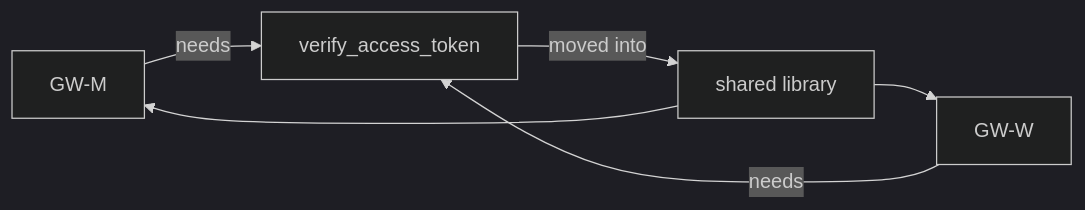
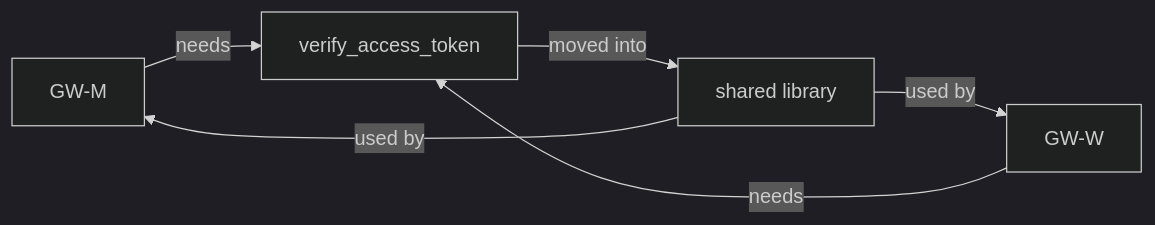
One commit to vinayakuber/microservices-io-study-guide changed diagram 12 of 13 in docs/ch24-backends-for-frontends.md. Above: the diagram before and after it, drawn with Mermaid (dark theme). The commit also changed other lines of this file and 71 other files, not shown here.

First line of the commit message:
R18: label every diagram arrow with its meaning

````diff
--- a/docs/ch24-backends-for-frontends.md
+++ b/docs/ch24-backends-for-frontends.md
@@ -408,8 +408,8 @@
 ```mermaid
 flowchart LR
   GM["GW-M"] -->|needs| F["verify_access_token"]
   GW["GW-W"] -->|needs| F
   F -->|moved into| LIB["shared library"]
-  LIB --> GM
-  LIB --> GW
+  LIB -->|"used by"| GM
+  LIB -->|"used by"| GW
 ```
````
